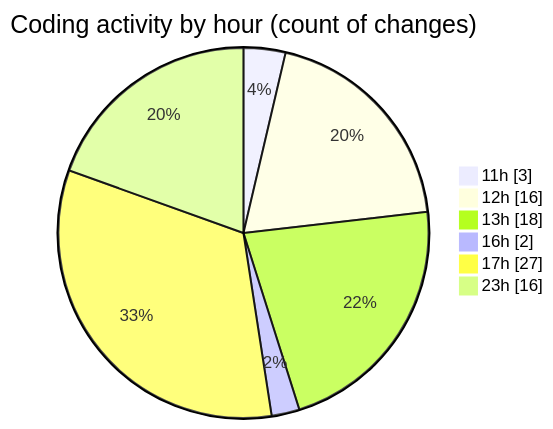
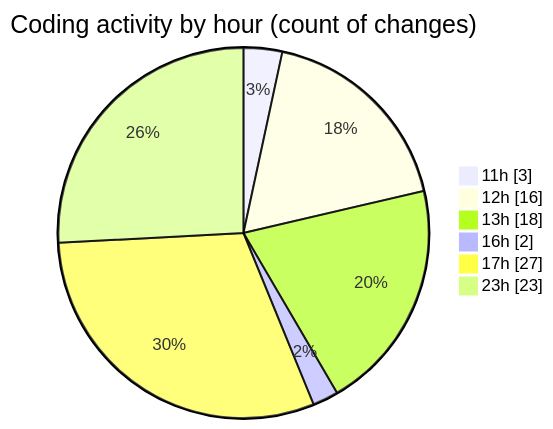
Before and after one commit to nxtqubesakshisongat/code-tracking: the second of 2 diagrams in 2025-06-03/nxtqube_webapp/README.md, drawn with Mermaid. The commit also changed other lines of this file and 1 other file, not shown here.

````diff
--- a/2025-06-03/nxtqube_webapp/README.md
+++ b/2025-06-03/nxtqube_webapp/README.md
@@ -30,10 +30,10 @@
 ```mermaid
 pie showData
 title Coding activity by hour (count of changes)
 "11h" : 3
 "12h" : 16
 "13h" : 18
 "16h" : 2
 "17h" : 27
-"23h" : 16
+"23h" : 23
 ```
````
